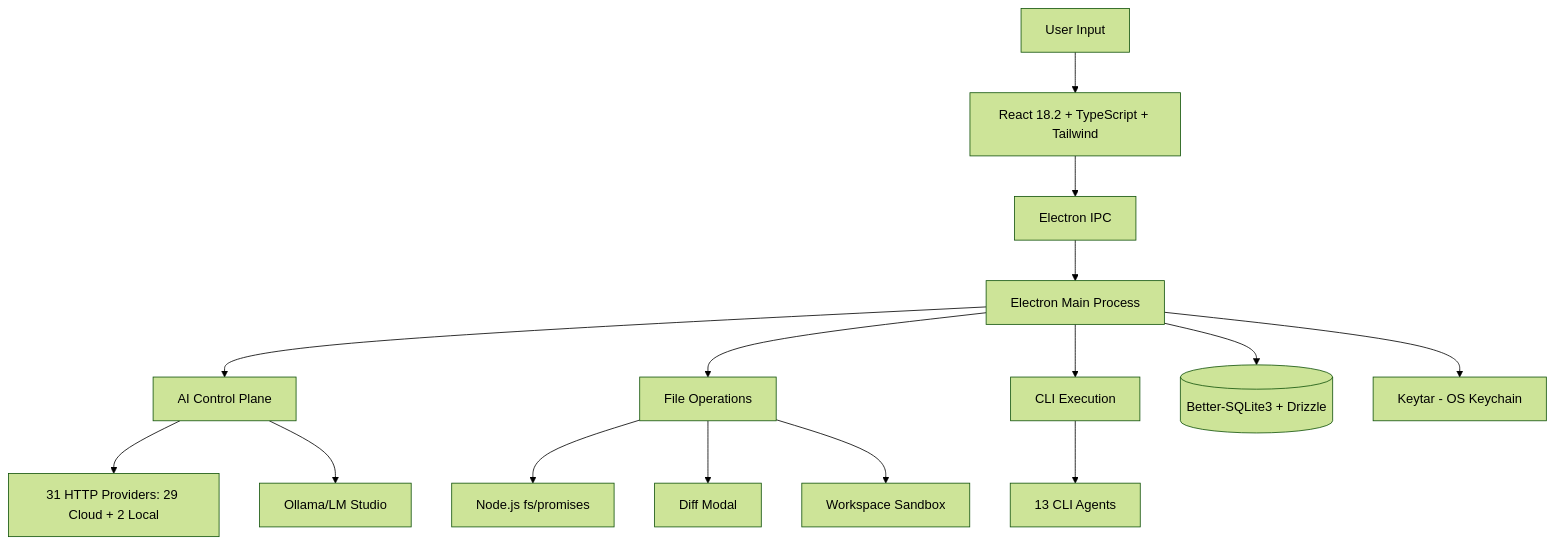
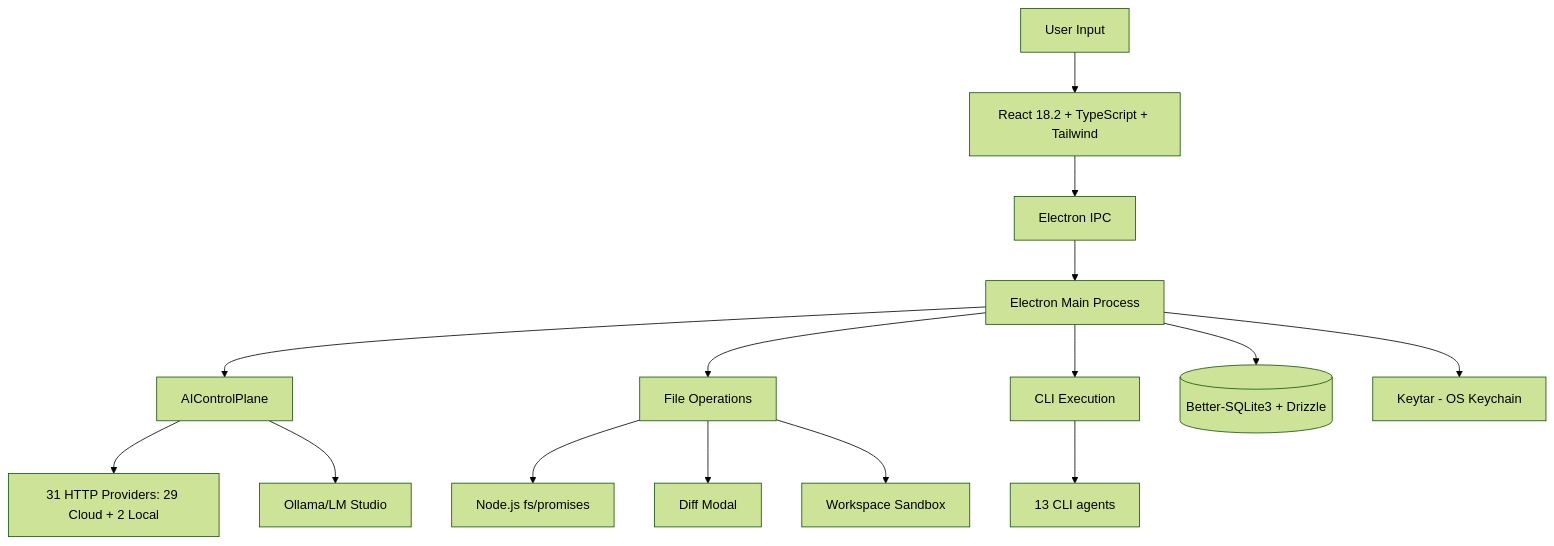
The diagram in SPECIFICATIONS.md (pavan53732/aide-desktop), drawn with Mermaid (forest theme) before and after one commit. The commit also changed other lines of this file and 5 other files, not shown here.

````diff
--- a/SPECIFICATIONS.md
+++ b/SPECIFICATIONS.md
@@ -216,21 +200,21 @@
 ```mermaid
 graph TB
     User[User Input] --> Frontend[React 18.2 + TypeScript + Tailwind]
     Frontend --> IPC[Electron IPC]
 
     IPC --> Main[Electron Main Process]
-    Main --> MultiAI[AI Control Plane]
+    Main --> MultiAI[AIControlPlane]
     Main --> FileOps[File Operations]
     Main --> CLIExec[CLI Execution]
 
     MultiAI --> HTTP[31 HTTP Providers: 29 Cloud + 2 Local]
     MultiAI --> LocalAI[Ollama/LM Studio]
-    CLIExec --> CLI[13 CLI Agents]
+    CLIExec --> CLI[13 CLI agents]
 
     FileOps --> NodeFS[Node.js fs/promises]
     FileOps --> Diff[Diff Modal]
     FileOps --> Sandbox[Workspace Sandbox]
 
     Main --> SQLite[(Better-SQLite3 + Drizzle)]
     Main --> Keychain[Keytar - OS Keychain]
 ```
````
